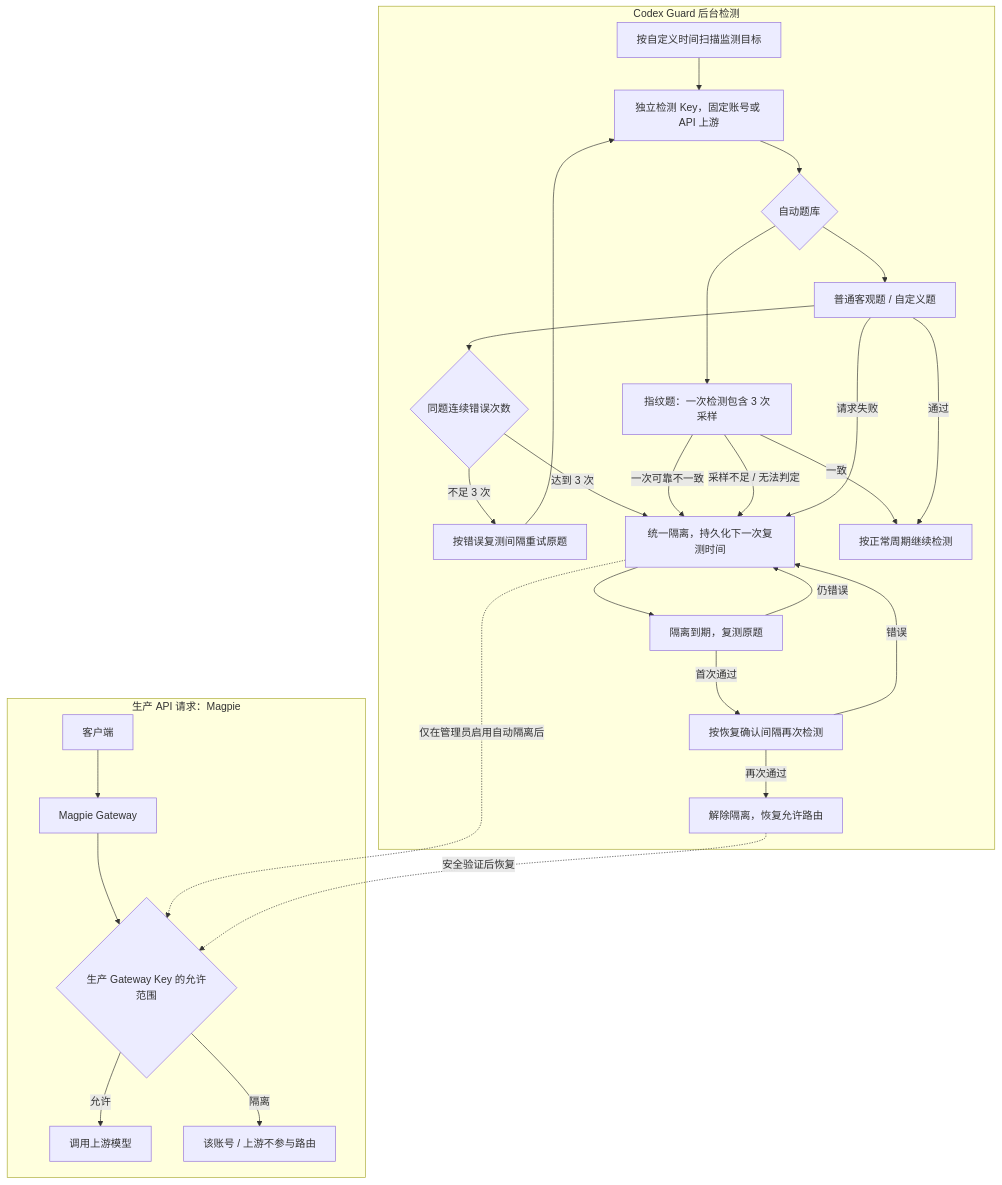
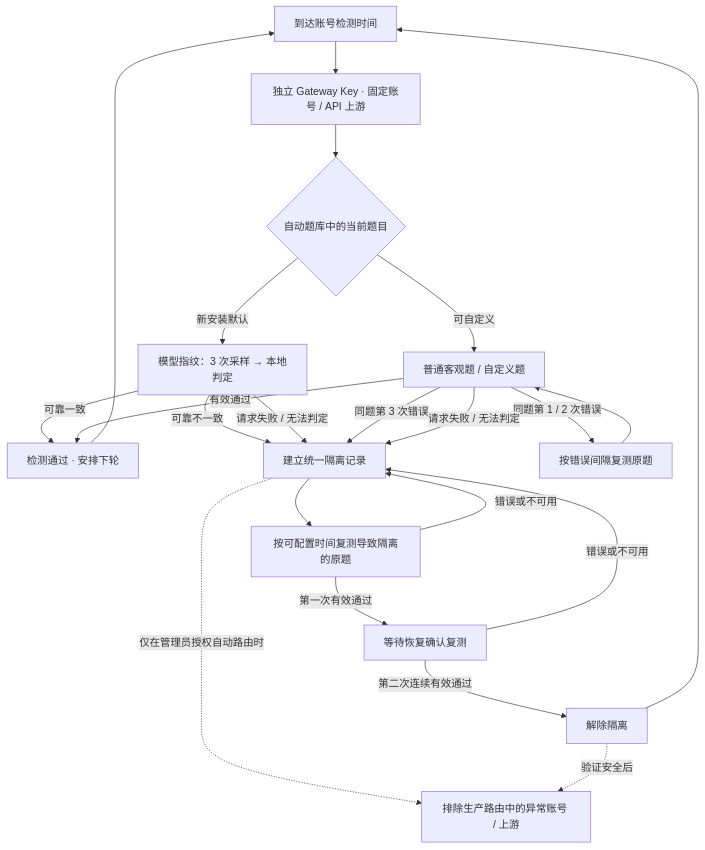
One commit to Dsd1001/magpie-codex-guard changed the diagram in README.md. Above: the diagram before and after it, drawn with Mermaid. The commit also changed other lines of this file and 11 other files, not shown here.

````diff
--- a/README.md
+++ b/README.md
@@ -45,33 +67,24 @@
 ```mermaid
-flowchart TB
-    subgraph BUSINESS["生产 API 请求：Magpie"]
-        Client["客户端"] --> Magpie["Magpie Gateway"]
-        Magpie --> Key{"生产 Gateway Key 的允许范围"}
-        Key -->|"允许"| Upstream["调用上游模型"]
-        Key -->|"隔离"| Excluded["该账号 / 上游不参与路由"]
-    end
-
-    subgraph DETECT["Codex Guard 后台检测"]
-        Scheduler["按自定义时间扫描监测目标"] --> Probe["独立检测 Key，固定账号或 API 上游"]
-        Probe --> Choice{"自动题库"}
-        Choice --> Objective["普通客观题 / 自定义题"]
-        Choice --> FP["指纹题：一次检测包含 3 次采样"]
-        Objective --> Ordinary{"同题连续错误次数"}
-        Ordinary -->|"不足 3 次"| Retry["按错误复测间隔重试原题"]
-        Retry --> Probe
-        Ordinary -->|"达到 3 次"| Hold["统一隔离，持久化下一次复测时间"]
-        FP -->|"一次可靠不一致"| Hold
-        FP -->|"一致"| Healthy["按正常周期继续检测"]
-        Objective -->|"通过"| Healthy
-        FP -->|"采样不足 / 无法判定"| Hold
-        Objective -->|"请求失败"| Hold
-        Hold --> Retest["隔离到期，复测原题"]
-        Retest -->|"首次通过"| Confirm["按恢复确认间隔再次检测"]
-        Confirm -->|"再次通过"| Release["解除隔离，恢复允许路由"]
-        Retest -->|"仍错误"| Hold
-        Confirm -->|"错误"| Hold
-    end
-
-    Hold -.->|"仅在管理员启用自动隔离后"| Key
-    Release -.->|"安全验证后恢复"| Key
+flowchart TD
+    A["到达账号检测时间"] --> B["独立 Gateway Key · 固定账号 / API 上游"]
+    B --> C{"自动题库中的当前题目"}
+    C -->|"新安装默认"| D["模型指纹：3 次采样 → 本地判定"]
+    C -->|"可自定义"| E["普通客观题 / 自定义题"]
+    D -->|"可靠一致"| OK["检测通过 · 安排下轮"]
+    D -->|"可靠不一致"| H["建立统一隔离记录"]
+    D -->|"请求失败 / 无法判定"| H
+    E -->|"有效通过"| OK
+    E -->|"同题第 1 / 2 次错误"| RETRY["按错误间隔复测原题"]
+    RETRY --> E
+    E -->|"同题第 3 次错误"| H
+    E -->|"请求失败 / 无法判定"| H
+    H --> WAIT["按可配置时间复测导致隔离的原题"]
+    WAIT -->|"第一次有效通过"| CONFIRM["等待恢复确认复测"]
+    CONFIRM -->|"第二次连续有效通过"| RELEASE["解除隔离"]
+    WAIT -->|"错误或不可用"| H
+    CONFIRM -->|"错误或不可用"| H
+    OK --> A
+    RELEASE --> A
+    H -.->|"仅在管理员授权自动路由时"| ROUTE["排除生产路由中的异常账号 / 上游"]
+    RELEASE -.->|"验证安全后"| ROUTE
 ```
````
